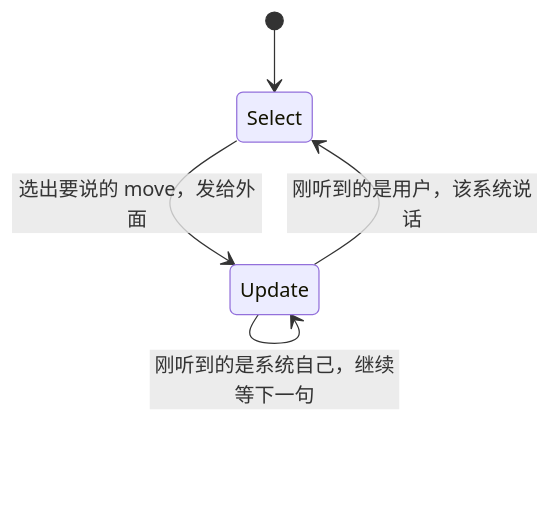
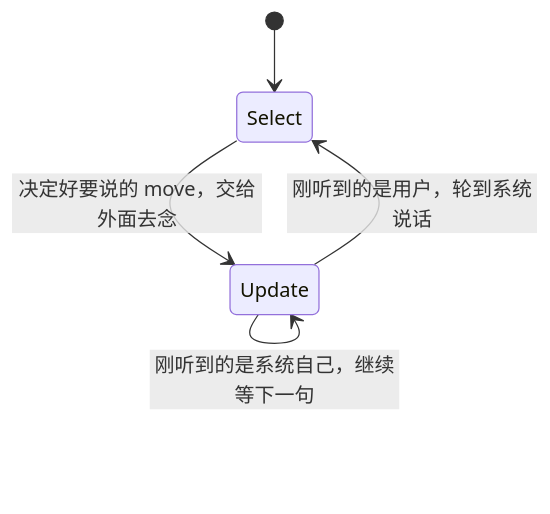
One commit to GU-CLASP/dialogue-systems-2-2026 changed the second of 5 diagrams in Docs/Lab2/README.md. Above: the diagram before and after it, drawn with Mermaid. The commit also changed other lines of this file and 11 other files, not shown here.

````diff
--- a/Docs/Lab2/README.md
+++ b/Docs/Lab2/README.md
@@ -62,7 +60,7 @@
 ```mermaid
 stateDiagram-v2
   [*] --> Select
-  Select --> Update: 选出要说的 move，发给外面
-  Update --> Select: 刚听到的是用户，该系统说话
+  Select --> Update: 决定好要说的 move，交给外面去念
+  Update --> Select: 刚听到的是用户，轮到系统说话
   Update --> Update: 刚听到的是系统自己，继续等下一句
 ```
````
